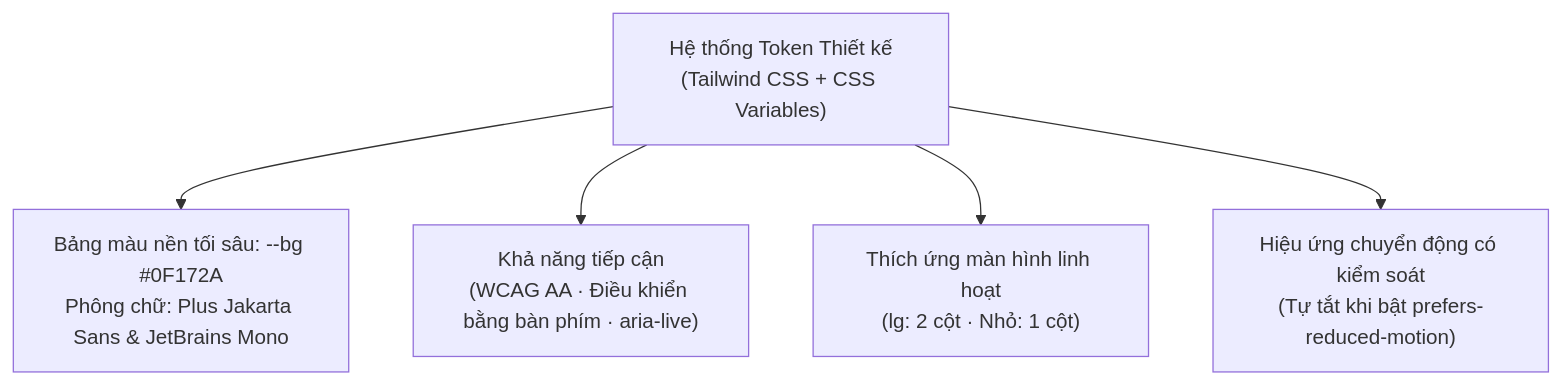
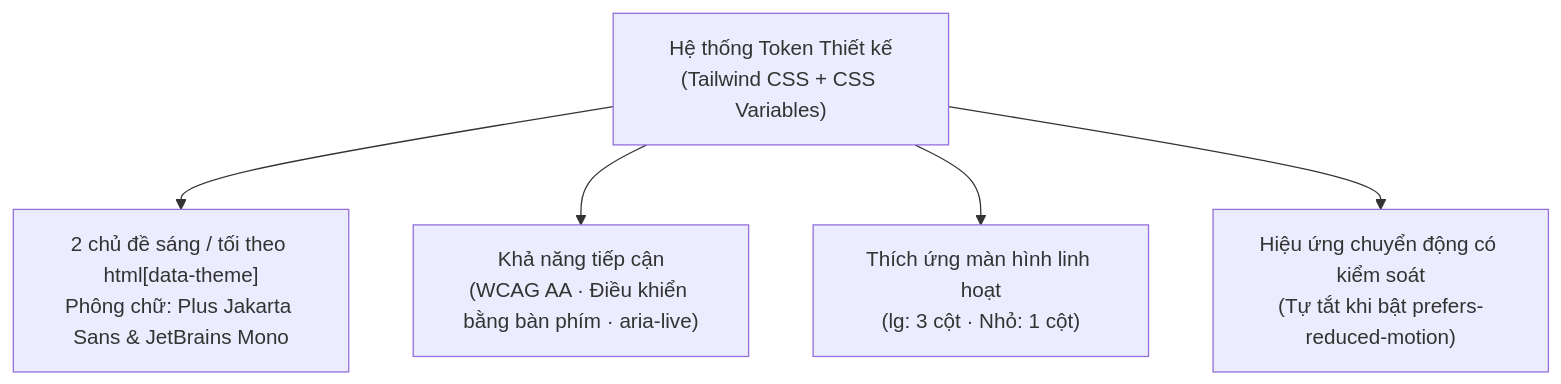
The ninth of 9 diagrams in doc-de-hieu/06_giao_dien.md (huynhthanhnhannnh-pixel/Hackathon_SGU), drawn with Mermaid before and after one commit. The commit also changed other lines of this file and 23 other files, not shown here.

````diff
--- a/doc-de-hieu/06_giao_dien.md
+++ b/doc-de-hieu/06_giao_dien.md
@@ -689,7 +698,7 @@
 ```mermaid
 flowchart TD
-    CONFIG["Hệ thống Token Thiết kế<br/>(Tailwind CSS + CSS Variables)"] --> THEME["Bảng màu nền tối sâu: --bg #0F172A<br/>Phông chữ: Plus Jakarta Sans & JetBrains Mono"]
+    CONFIG["Hệ thống Token Thiết kế<br/>(Tailwind CSS + CSS Variables)"] --> THEME["2 chủ đề sáng / tối theo html[data-theme]<br/>Phông chữ: Plus Jakarta Sans & JetBrains Mono"]
     CONFIG --> A11Y["Khả năng tiếp cận<br/>(WCAG AA · Điều khiển bằng bàn phím · aria-live)"]
-    CONFIG --> RESPONSIVE["Thích ứng màn hình linh hoạt<br/>(lg: 2 cột · Nhỏ: 1 cột)"]
+    CONFIG --> RESPONSIVE["Thích ứng màn hình linh hoạt<br/>(lg: 3 cột · Nhỏ: 1 cột)"]
     CONFIG --> MOTION["Hiệu ứng chuyển động có kiểm soát<br/>(Tự tắt khi bật prefers-reduced-motion)"]
 ```
````
